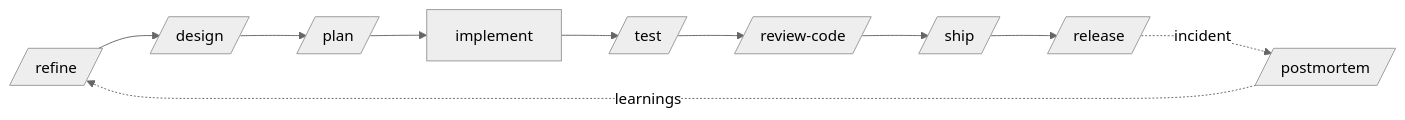
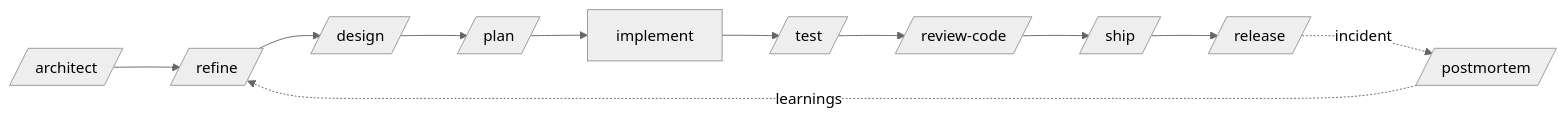
One commit to mhrezaee/dev-crew changed the diagram in README.md. Above: the diagram before and after it, drawn with Mermaid (neutral theme). The commit also changed other lines of this file and 22 other files, not shown here.

First line of the commit message:
feat: add architecture decision framework

````diff
--- a/README.md
+++ b/README.md
@@ -67,6 +68,7 @@
 ```mermaid
 flowchart LR
+  Z[/architect/] --> A
   A[/refine/] --> B[/design/] --> C[/plan/] --> D[implement] --> E[/test/] --> F[/review-code/] --> G[/ship/] --> H[/release/]
   H -. incident .-> I[/postmortem/]
   I -. learnings .-> A
 ```
````
